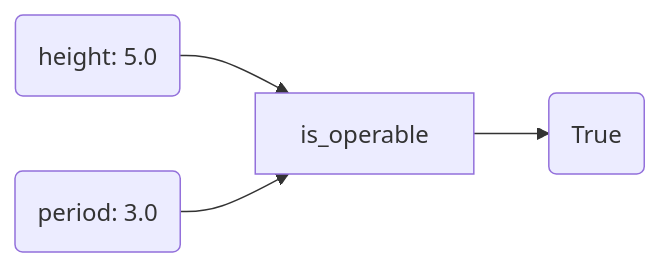
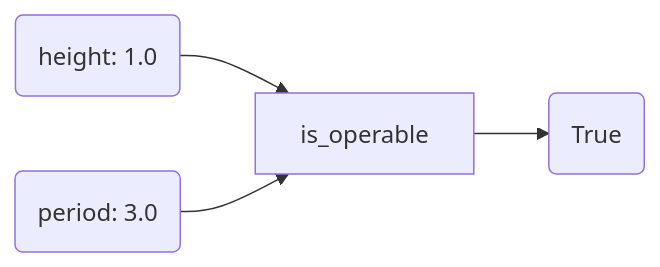
The second of 3 diagrams in 01_function_classes.qmd (DHI/python-package-development), drawn with Mermaid before and after one commit. The commit also changed other lines of this file, not shown here.

````diff
--- a/01_function_classes.qmd
+++ b/01_function_classes.qmd
@@ -32,6 +32,6 @@
 ```{mermaid}
 flowchart LR
-    A(height: 5.0) --> F[is_operable]
+    A(height: 1.0) --> F[is_operable]
     B(period: 3.0) -->  F
     F --> O(True)
 ```
````
